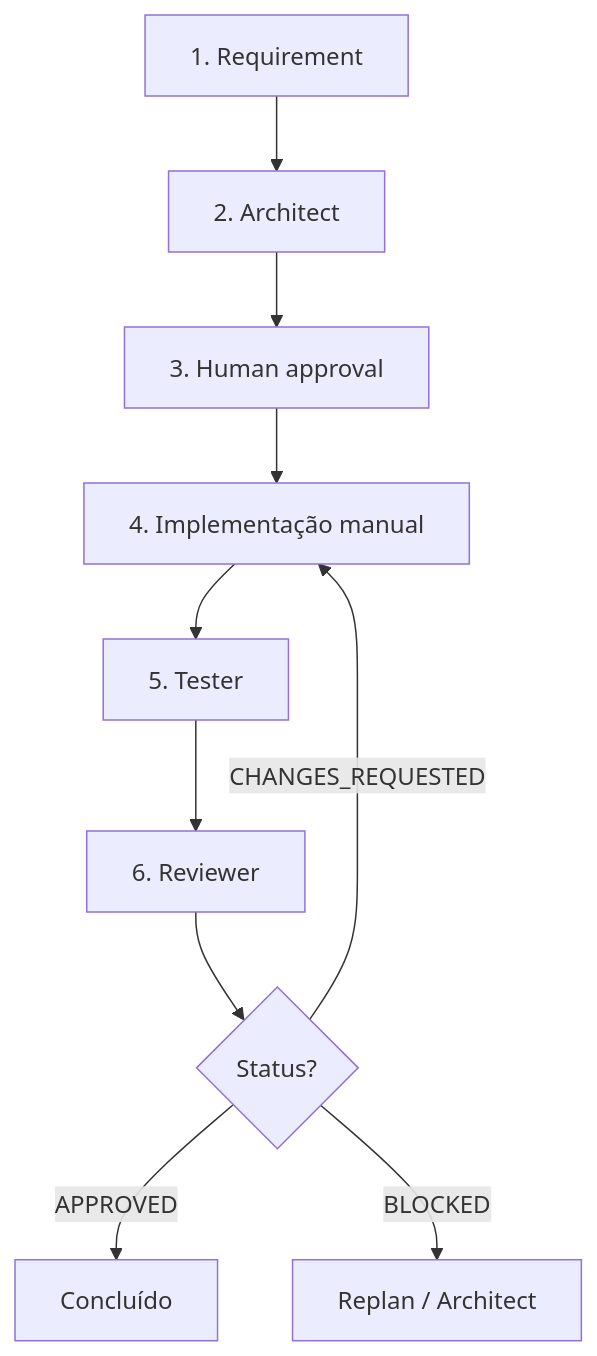
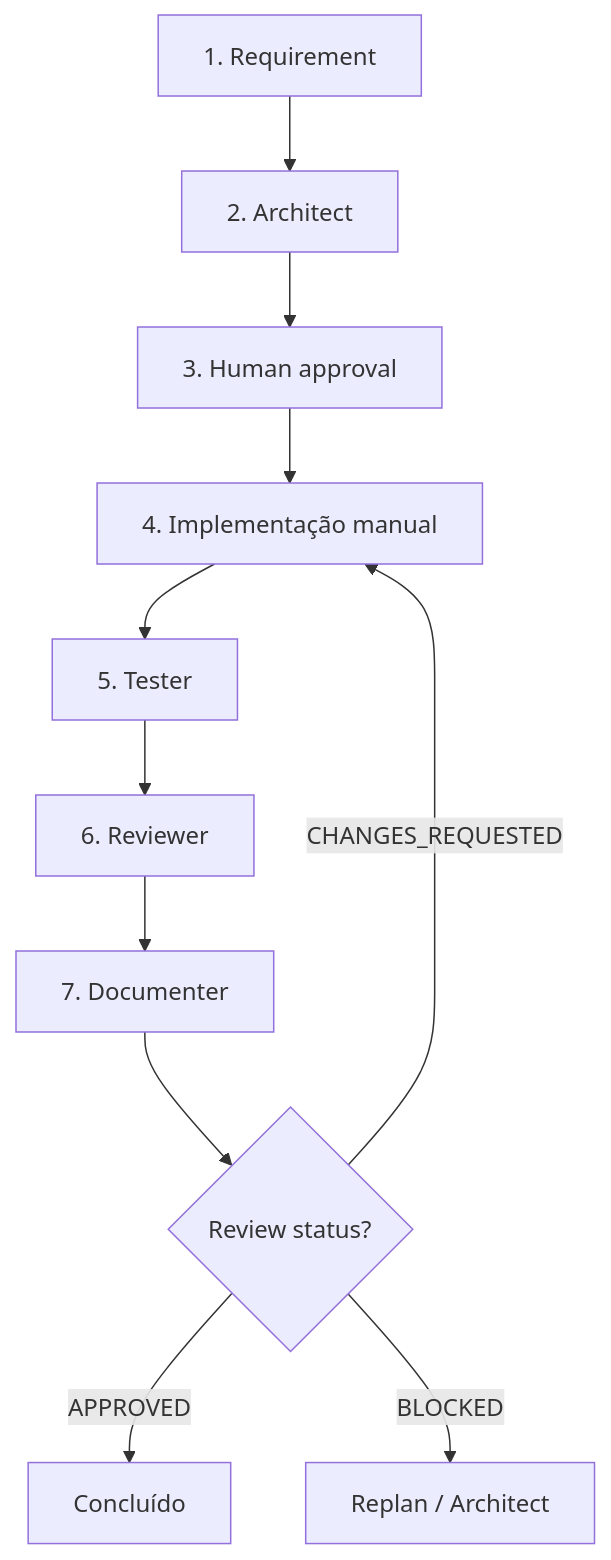
The diagram in .ai/workflows/feature.md (Lucas-Braz7x/engineering-agent), drawn with Mermaid before and after one commit. The commit also changed other lines of this file and 7 other files, not shown here.

````diff
--- a/.ai/workflows/feature.md
+++ b/.ai/workflows/feature.md
@@ -25,12 +26,13 @@
 ```mermaid
 flowchart TD
   R[1. Requirement] --> A[2. Architect]
   A --> H[3. Human approval]
   H --> I[4. Implementação manual]
   I --> T[5. Tester]
   T --> Rev[6. Reviewer]
-  Rev --> D{Status?}
+  Rev --> Doc[7. Documenter]
+  Doc --> D{Review status?}
   D -->|APPROVED| OK[Concluído]
   D -->|CHANGES_REQUESTED| I
   D -->|BLOCKED| P[Replan / Architect]
 ```
````
